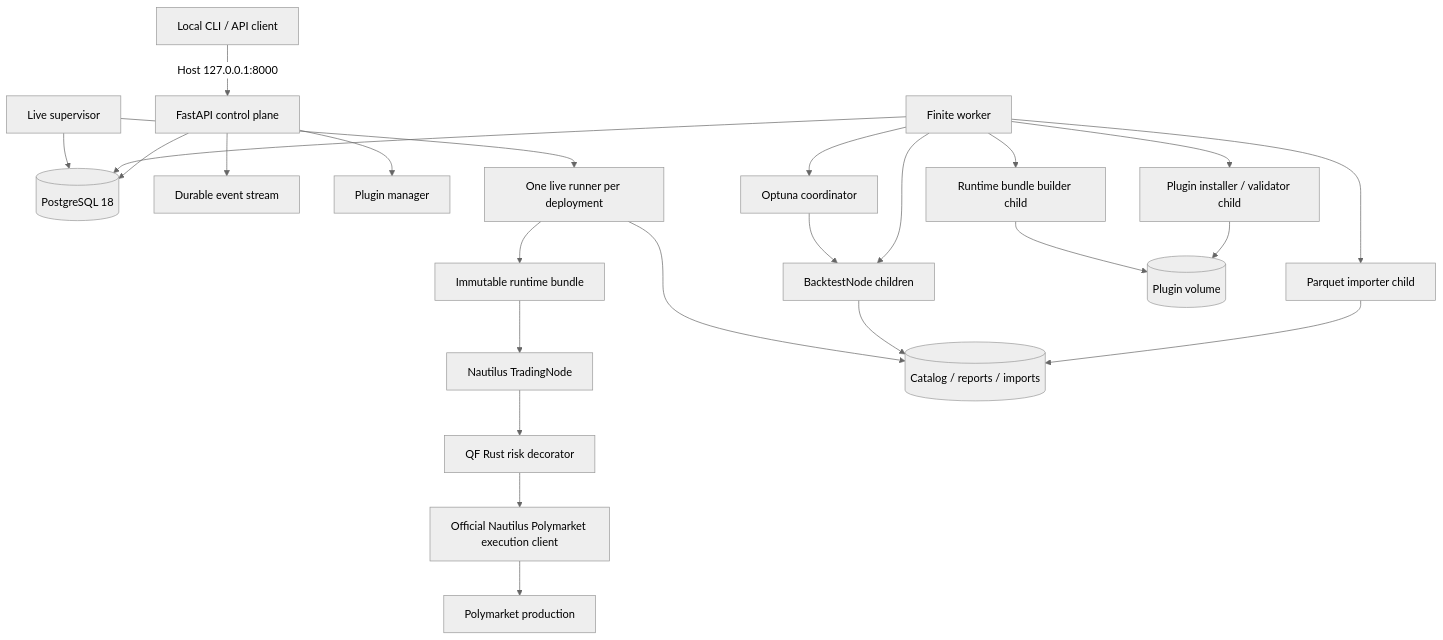
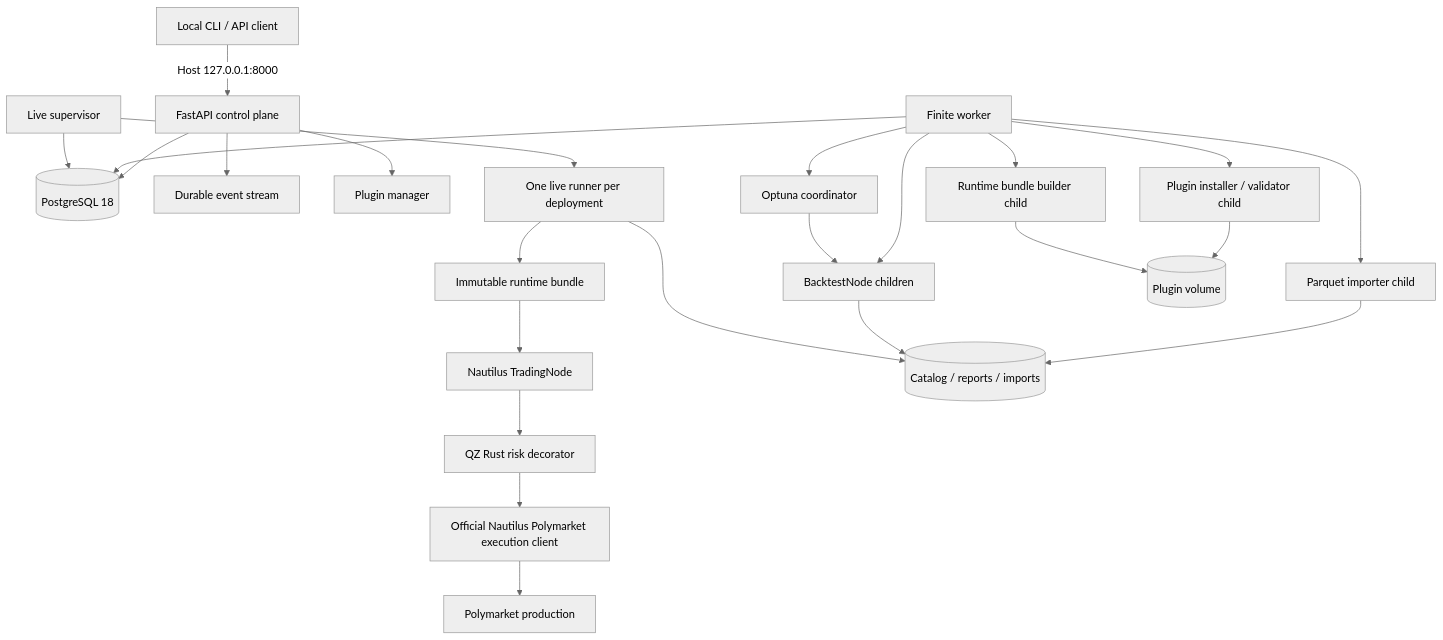
The diagram in DESIGN.md (zhengui666/QuaZonai), drawn with Mermaid (neutral theme) before and after one commit. The commit also changed other lines of this file and 18 other files, not shown here.

````diff
--- a/DESIGN.md
+++ b/DESIGN.md
@@ -140,30 +140,30 @@
 ```mermaid
 flowchart TB
     C[Local CLI / API client] -->|Host 127.0.0.1:8000| API[FastAPI control plane]
 
     API --> PG[(PostgreSQL 18)]
     API --> EVT[Durable event stream]
     API --> PM[Plugin manager]
 
     FW[Finite worker] --> PG
     FW --> PI[Plugin installer / validator child]
     FW --> PB[Runtime bundle builder child]
     FW --> IMP[Parquet importer child]
     FW --> BT[BacktestNode children]
     FW --> OPT[Optuna coordinator]
     OPT --> BT
 
     LS[Live supervisor] --> PG
     LS --> LR[One live runner per deployment]
     LR --> RB[Immutable runtime bundle]
     RB --> NT[Nautilus TradingNode]
-    NT --> QR[QF Rust risk decorator]
+    NT --> QR[QZ Rust risk decorator]
     QR --> PMX[Official Nautilus Polymarket execution client]
 
     PI --> PV[(Plugin volume)]
     PB --> PV
     IMP --> DV[(Catalog / reports / imports)]
     BT --> DV
     LR --> DV
     PMX --> VENUE[Polymarket production]
 ```
````
